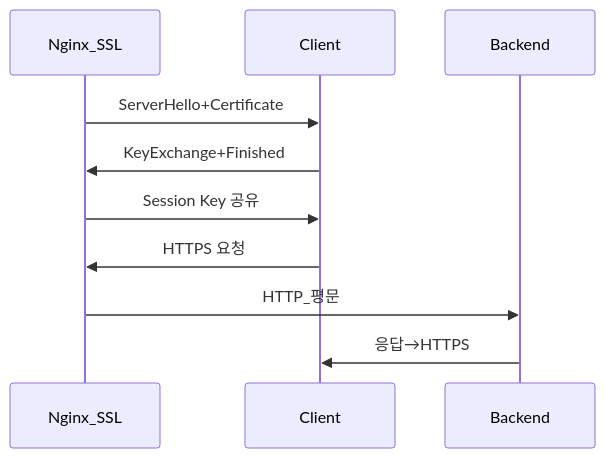
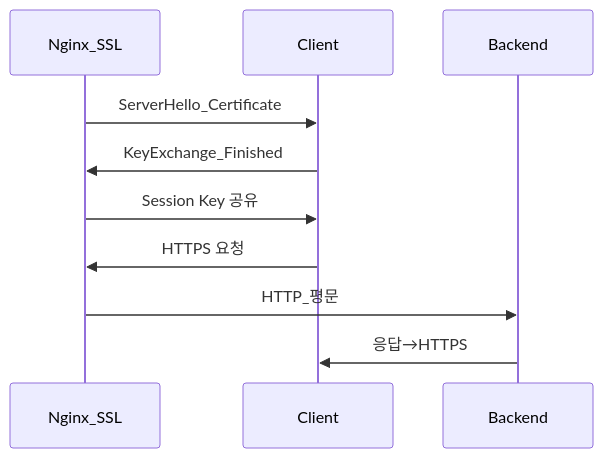
Diagram 13 of 18 in _posts/server/2026-05-01-nginx.md (yjkim2015/yjkim2015.github.io), drawn with Mermaid before and after one commit. The commit also changed other lines of this file and 38 other files, not shown here.

First line of the commit message:
Mermaid 파싱 에러 최종 수정 + 화살표 간격 확대

````diff
--- a/_posts/server/2026-05-01-nginx.md
+++ b/_posts/server/2026-05-01-nginx.md
@@ -506,9 +508,9 @@
 ```mermaid
 sequenceDiagram
-    Nginx_SSL->>Client: ServerHello+Certificate
-    Client->>Nginx_SSL: KeyExchange+Finished
+    Nginx_SSL->>Client: ServerHello_Certificate
+    Client->>Nginx_SSL: KeyExchange_Finished
     Nginx_SSL->>Client: Session Key 공유
     Client->>Nginx_SSL: HTTPS 요청
     Nginx_SSL->>Backend: HTTP_평문
     Backend->>Client: 응답→HTTPS
 ```
````
